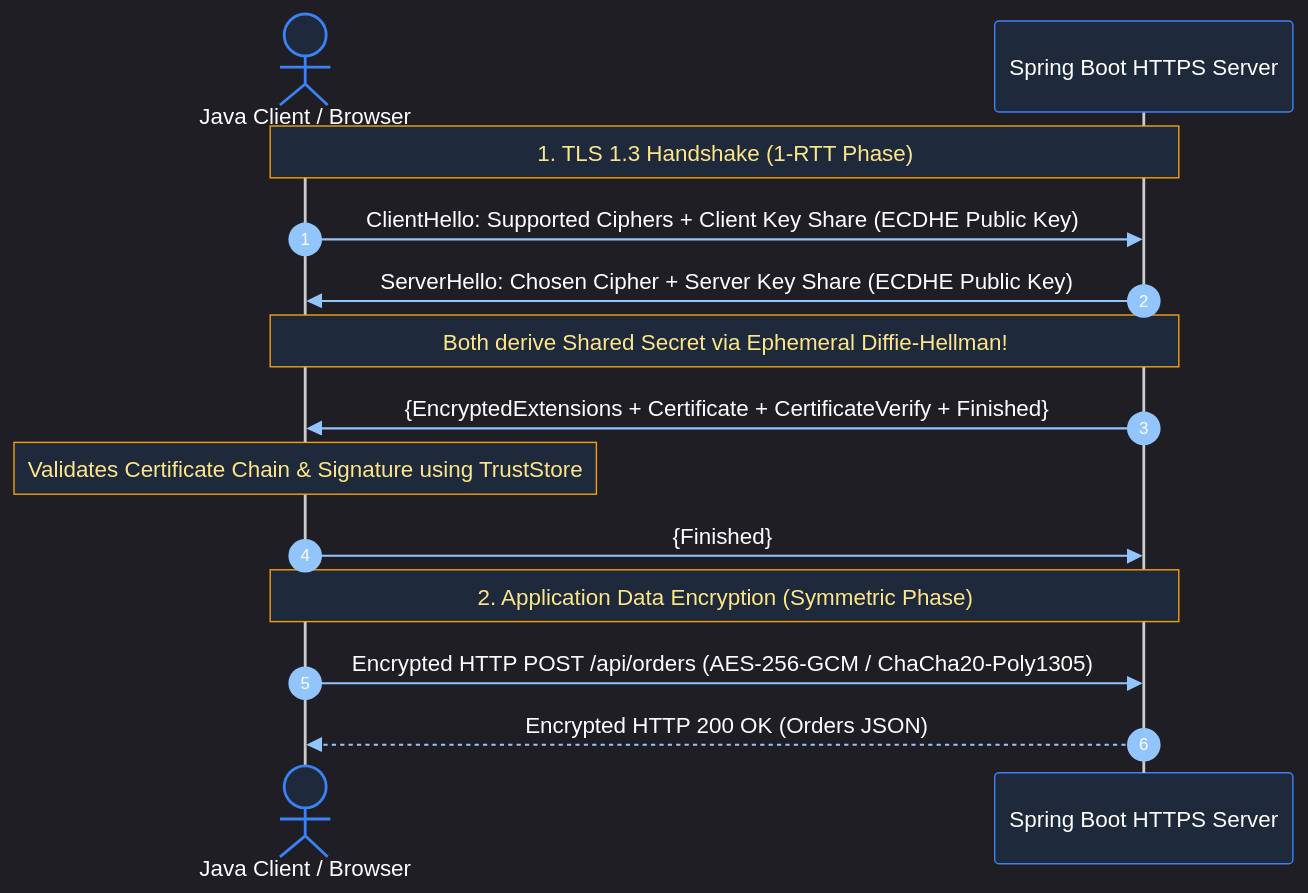
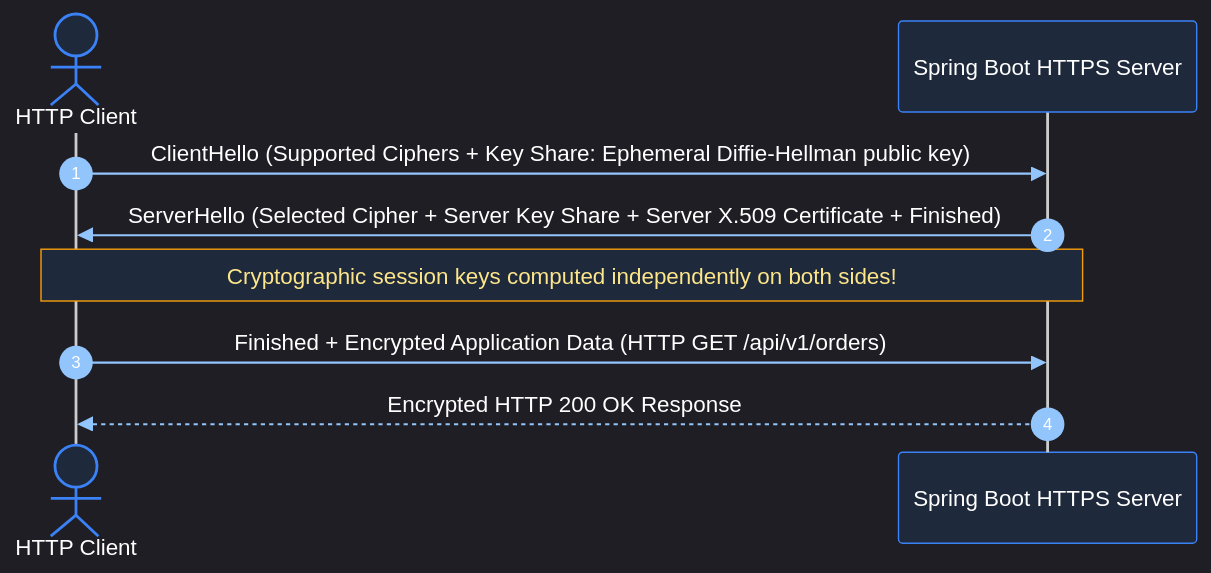
One commit to joydeep-biswas/Interview-Preparation changed diagram 12 of 13 in Java Backend Engineering/11_security_identity_certificate_management.md. Above: the diagram before and after it, drawn with Mermaid. The commit also changed other lines of this file and 143 other files, not shown here.

````diff
--- a/Java Backend Engineering/11_security_identity_certificate_management.md
+++ b/Java Backend Engineering/11_security_identity_certificate_management.md
@@ -337,19 +1267,13 @@
 ```mermaid
 %%{init: {'theme': 'dark', 'themeVariables': { 'actorBkg': '#1e293b', 'actorBorder': '#3b82f6', 'actorTextColor': '#ffffff', 'signalColor': '#93c5fd', 'signalTextColor': '#ffffff', 'noteBkgColor': '#1e293b', 'noteBorderColor': '#f59e0b', 'noteTextColor': '#fde68a', 'activationBkgColor': '#3b82f6', 'sequenceNumberColor': '#ffffff' }}}%%
 sequenceDiagram
     autonumber
-    actor Client as Java Client / Browser
+    actor Client as HTTP Client
     participant Server as Spring Boot HTTPS Server
 
-    Note over Client,Server: 1. TLS 1.3 Handshake (1-RTT Phase)
-    Client->>Server: ClientHello: Supported Ciphers + Client Key Share (ECDHE Public Key)
-    Server->>Client: ServerHello: Chosen Cipher + Server Key Share (ECDHE Public Key)
-    Note over Client,Server: Both derive Shared Secret via Ephemeral Diffie-Hellman!
-    Server->>Client: {EncryptedExtensions + Certificate + CertificateVerify + Finished}
-    Note over Client: Validates Certificate Chain & Signature using TrustStore
-    Client->>Server: {Finished}
-    
-    Note over Client,Server: 2. Application Data Encryption (Symmetric Phase)
-    Client->>Server: Encrypted HTTP POST /api/orders (AES-256-GCM / ChaCha20-Poly1305)
-    Server-->>Client: Encrypted HTTP 200 OK (Orders JSON)
+    Client->>Server: ClientHello (Supported Ciphers + Key Share: Ephemeral Diffie-Hellman public key)
+    Server->>Client: ServerHello (Selected Cipher + Server Key Share + Server X.509 Certificate + Finished)
+    Note over Client,Server: Cryptographic session keys computed independently on both sides!
+    Client->>Server: Finished + Encrypted Application Data (HTTP GET /api/v1/orders)
+    Server-->>Client: Encrypted HTTP 200 OK Response
 ```
````
